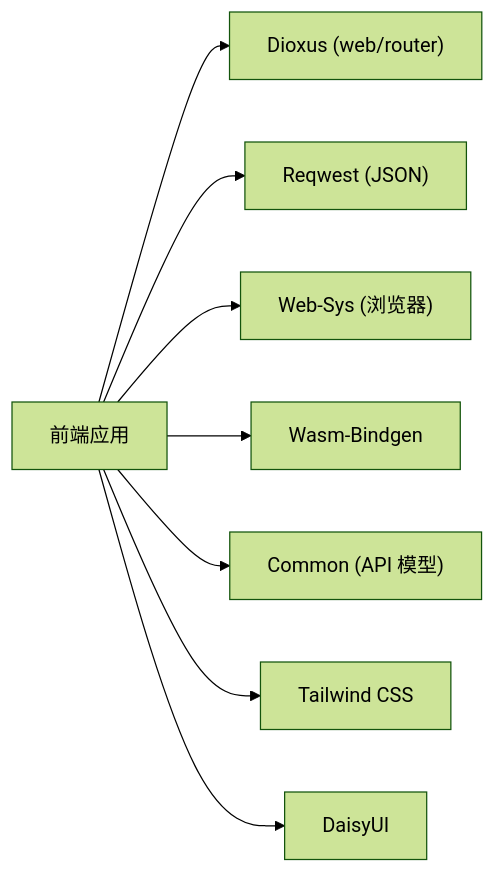
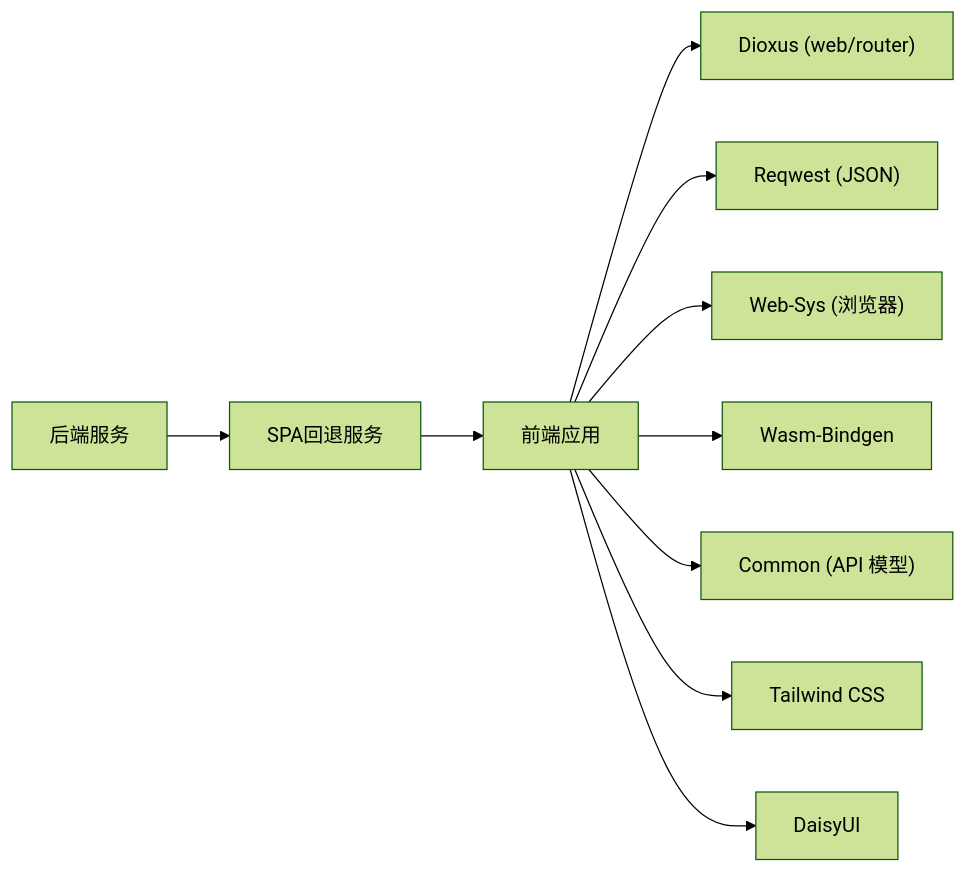
One commit to runningcoders/ai_orz changed diagram 11 of 11 in .qoder/repowiki/zh/content/前端应用/前端应用.md. Above: the diagram before and after it, drawn with Mermaid (forest theme). The commit also changed other lines of this file and 133 other files, not shown here.

````diff
--- a/.qoder/repowiki/zh/content/前端应用/前端应用.md
+++ b/.qoder/repowiki/zh/content/前端应用/前端应用.md
@@ -305,10 +386,12 @@
 ```mermaid
 graph LR
 FE["前端应用"] --> DX["Dioxus (web/router)"]
 FE --> RW["Reqwest (JSON)"]
 FE --> WS["Web-Sys (浏览器)"]
 FE --> CB["Wasm-Bindgen"]
 FE --> CM["Common (API 模型)"]
 FE --> TW["Tailwind CSS"]
 FE --> DD["DaisyUI"]
+BE["后端服务"] --> SF["SPA回退服务"]
+SF --> FE
 ```
````
